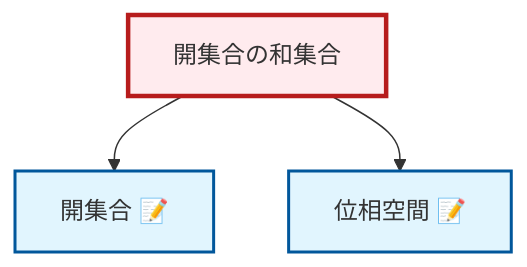
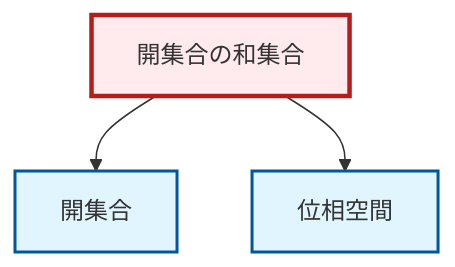
The diagram in output/mermaid/ja/thm-union-open-sets.mermaid (RK0429/ModernMath), drawn with Mermaid before and after one commit. The commit also changed 1710 other files, not shown here.

```diff
--- a/output/mermaid/ja/thm-union-open-sets.mermaid
+++ b/output/mermaid/ja/thm-union-open-sets.mermaid
@@ -1,12 +1,12 @@
 graph TD
     classDef definition fill:#e1f5fe,stroke:#01579b,stroke-width:2px
     classDef theorem fill:#f3e5f5,stroke:#4a148c,stroke-width:2px
     classDef axiom fill:#fff3e0,stroke:#e65100,stroke-width:2px
     classDef example fill:#e8f5e9,stroke:#1b5e20,stroke-width:2px
     classDef current fill:#ffebee,stroke:#b71c1c,stroke-width:3px
-    def-open-set["開集合 📝"]:::definition
-    def-topological-space["位相空間 📝"]:::definition
+    def-topological-space["位相空間"]:::definition
+    def-open-set["開集合"]:::definition
     thm-union-open-sets["開集合の和集合"]:::theorem
     thm-union-open-sets --> def-open-set
     thm-union-open-sets --> def-topological-space
     class thm-union-open-sets current
```
